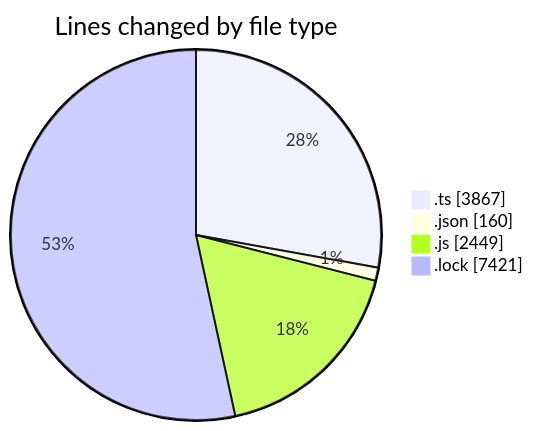
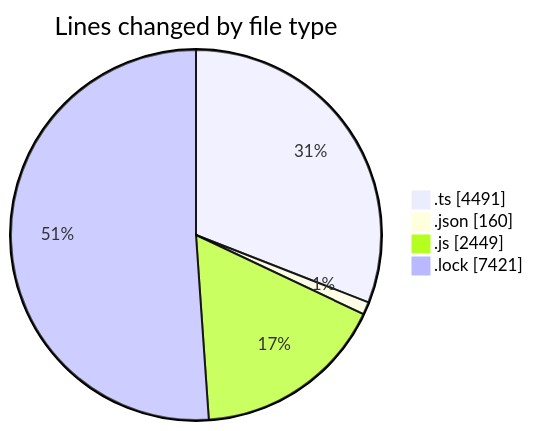
The first of 2 diagrams in 2025-07-30/cda/README.md (momahboobian/code-tracking), drawn with Mermaid before and after one commit. The commit also changed other lines of this file and 1 other file, not shown here.

````diff
--- a/2025-07-30/cda/README.md
+++ b/2025-07-30/cda/README.md
@@ -30,8 +31,8 @@
 ```mermaid
 pie showData
 title Lines changed by file type
-".ts" : 3867
+".ts" : 4491
 ".json" : 160
 ".js" : 2449
 ".lock" : 7421
 ```
````
